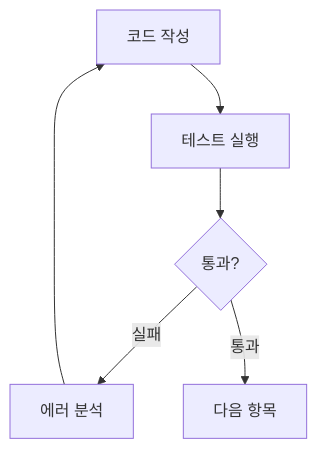
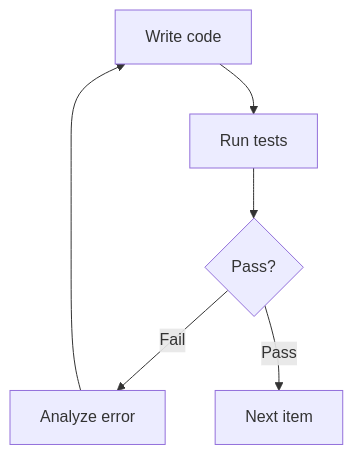
Before and after one commit to modu-ai/moai-adk: the second of 2 diagrams in docs-site/content/en/core-concepts/harness-engineering.md, drawn with Mermaid. The commit also changed other lines of this file and 7 other files, not shown here.

````diff
--- a/docs-site/content/en/core-concepts/harness-engineering.md
+++ b/docs-site/content/en/core-concepts/harness-engineering.md
@@ -85,8 +85,8 @@
 ```mermaid
 graph TD
-    A["코드 작성"] --> B["테스트 실행"]
-    B --> C{"통과?"}
-    C -->|"실패"| D["에러 분석"]
+    A["Write code"] --> B["Run tests"]
+    B --> C{"Pass?"}
+    C -->|"Fail"| D["Analyze error"]
     D --> A
-    C -->|"통과"| E["다음 항목"]
+    C -->|"Pass"| E["Next item"]
 ```
````
